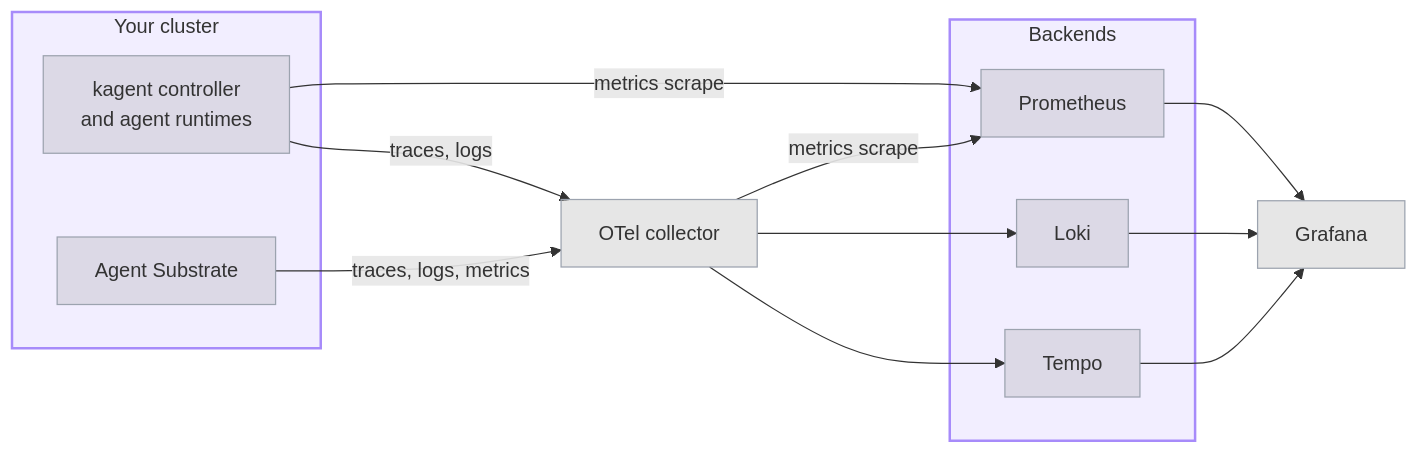
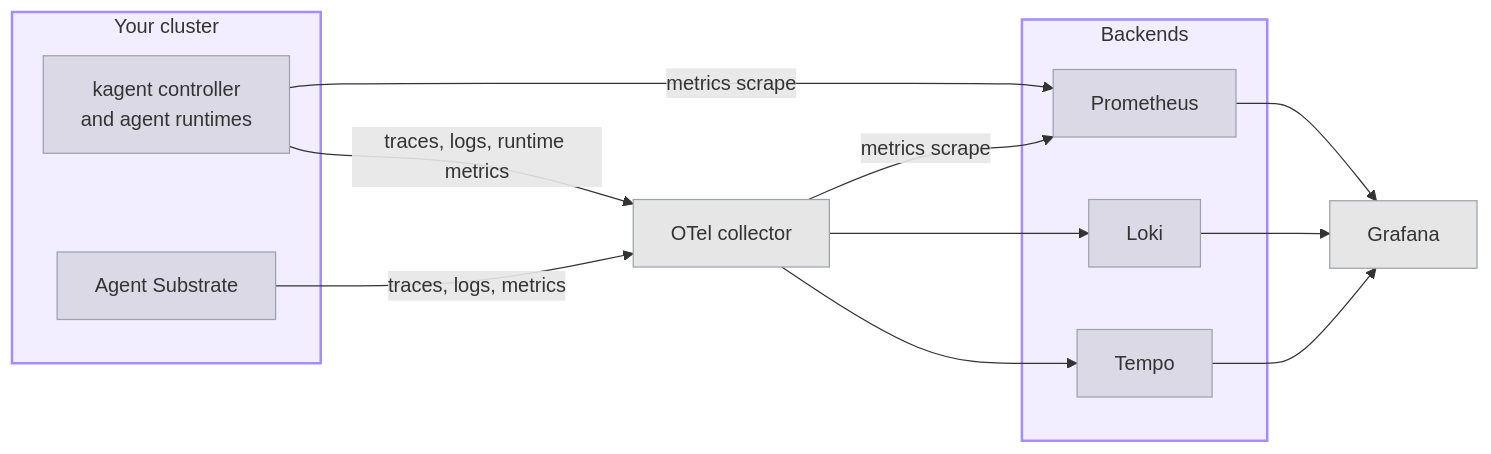
One commit to kagent-dev/website changed the diagram in docs-site/content/kagent/1.x/observability/otel-stack.md. Above: the diagram before and after it, drawn with Mermaid. The commit also changed other lines of this file and 3 other files, not shown here.

First line of the commit message:
Document kagent telemetry resource attributes and runtime metrics

````diff
--- a/docs-site/content/kagent/1.x/observability/otel-stack.md
+++ b/docs-site/content/kagent/1.x/observability/otel-stack.md
@@ -23,27 +23,27 @@
 ```mermaid
 flowchart LR
     subgraph sources["Your cluster"]
         kagent["kagent controller<br/>and agent runtimes"]
         substrate["Agent Substrate"]
     end
     collector["OTel collector"]
     subgraph backends["Backends"]
         tempo["Tempo"]
         loki["Loki"]
         prom["Prometheus"]
     end
     grafana["Grafana"]
-    kagent -->|traces, logs| collector
+    kagent -->|traces, logs, runtime metrics| collector
     substrate -->|traces, logs, metrics| collector
     kagent -->|metrics scrape| prom
     collector --> tempo
     collector --> loki
     collector -->|metrics scrape| prom
     tempo --> grafana
     loki --> grafana
     prom --> grafana
     classDef boundary fill:#a78bfa26,stroke:#a78bfa,stroke-width:2px
     classDef inner fill:#80808033,stroke:#9ca3af,stroke-width:1px
     class sources,backends boundary
     class kagent,substrate,collector,tempo,loki,prom,grafana inner
 ```
````
